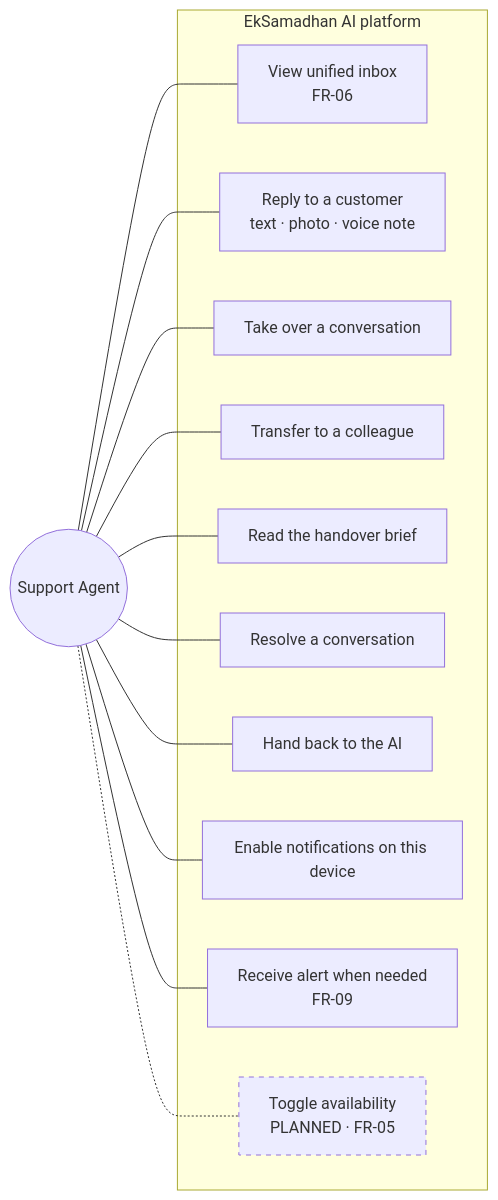
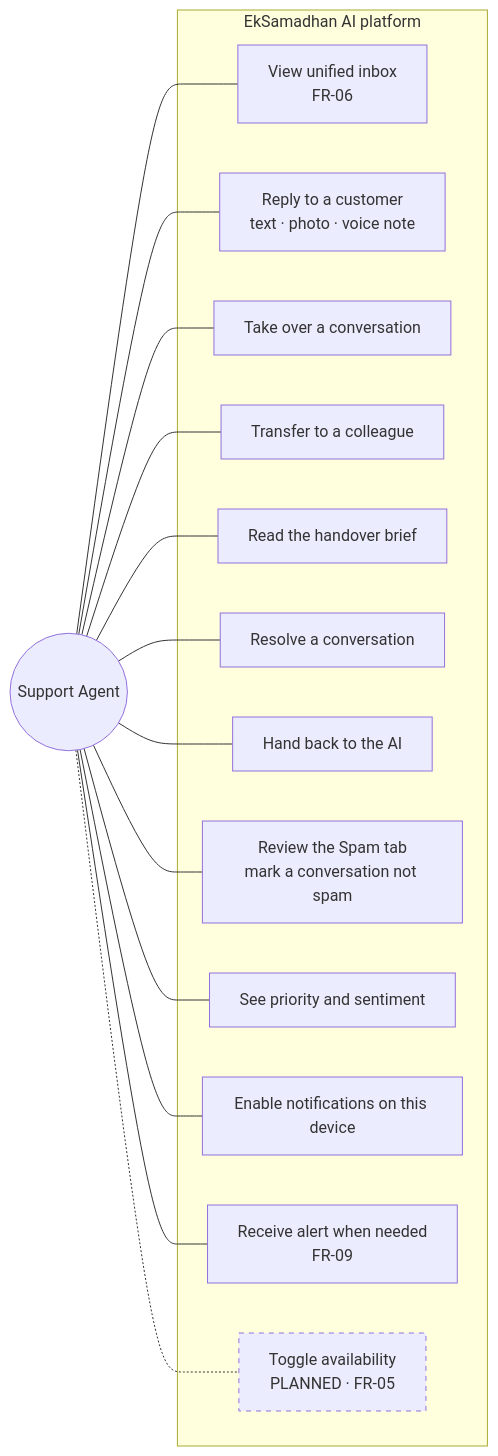
One commit to SayubShakya/eksamadhan-ai changed the second of 5 diagrams in docs/system-design/new-system-design/use-case/README.md. Above: the diagram before and after it, drawn with Mermaid. The commit also changed other lines of this file and 58 other files, not shown here.

Commit message:
feat: add a spam tab and conversation priority from Jev

````diff
--- a/docs/system-design/new-system-design/use-case/README.md
+++ b/docs/system-design/new-system-design/use-case/README.md
@@ -45,27 +45,31 @@
 ```mermaid
 flowchart LR
     agent(("Support Agent"))
     subgraph s2["EkSamadhan AI platform"]
         b1["View unified inbox<br/>FR-06"]
         b2["Reply to a customer<br/>text · photo · voice note"]
         b3["Take over a conversation"]
         b4["Transfer to a colleague"]
         b5["Read the handover brief"]
         b6["Resolve a conversation"]
         b10["Hand back to the AI"]
+        b11["Review the Spam tab<br/>mark a conversation not spam"]
+        b12["See priority and sentiment"]
         b7["Enable notifications on this device"]
         b8["Receive alert when needed<br/>FR-09"]
         b9["Toggle availability<br/>PLANNED · FR-05"]
     end
     agent --- b1
     agent --- b2
     agent --- b3
     agent --- b4
     agent --- b5
     agent --- b6
     agent --- b10
+    agent --- b11
+    agent --- b12
     agent --- b7
     agent --- b8
     agent -.- b9
     style b9 stroke-dasharray: 5 5
 ```
````
